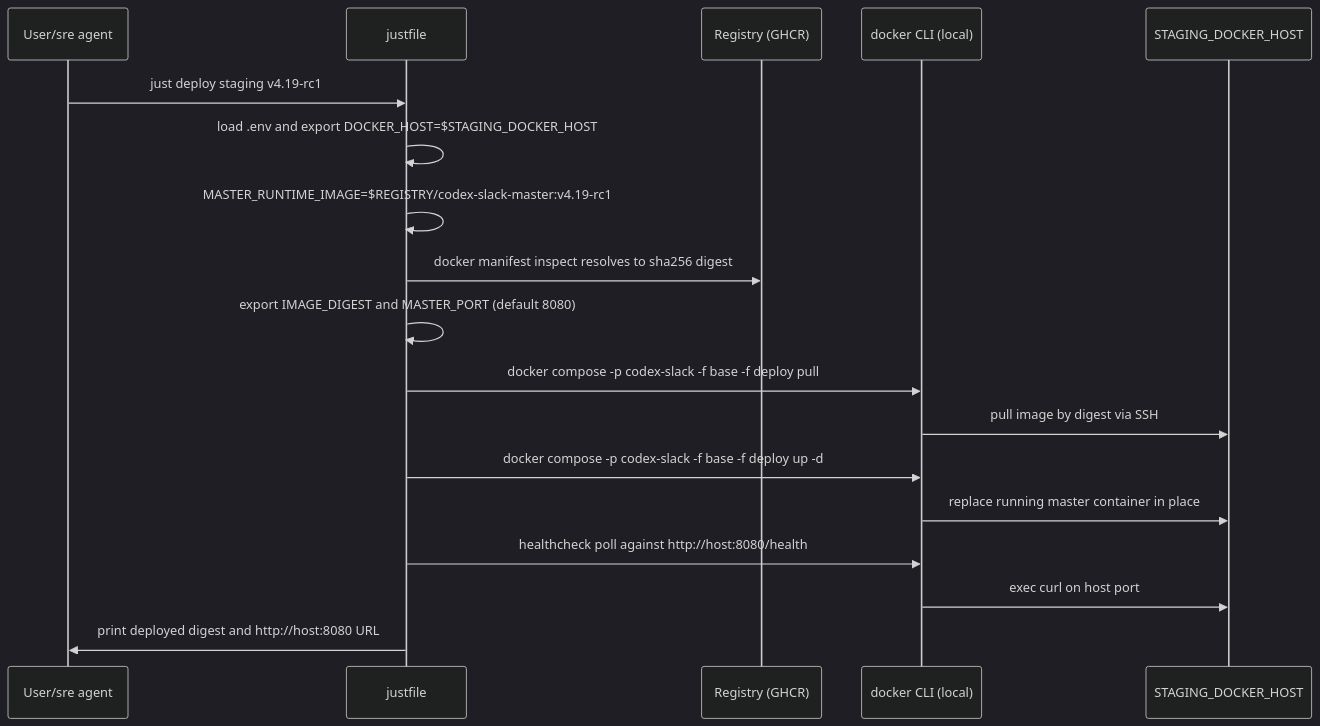
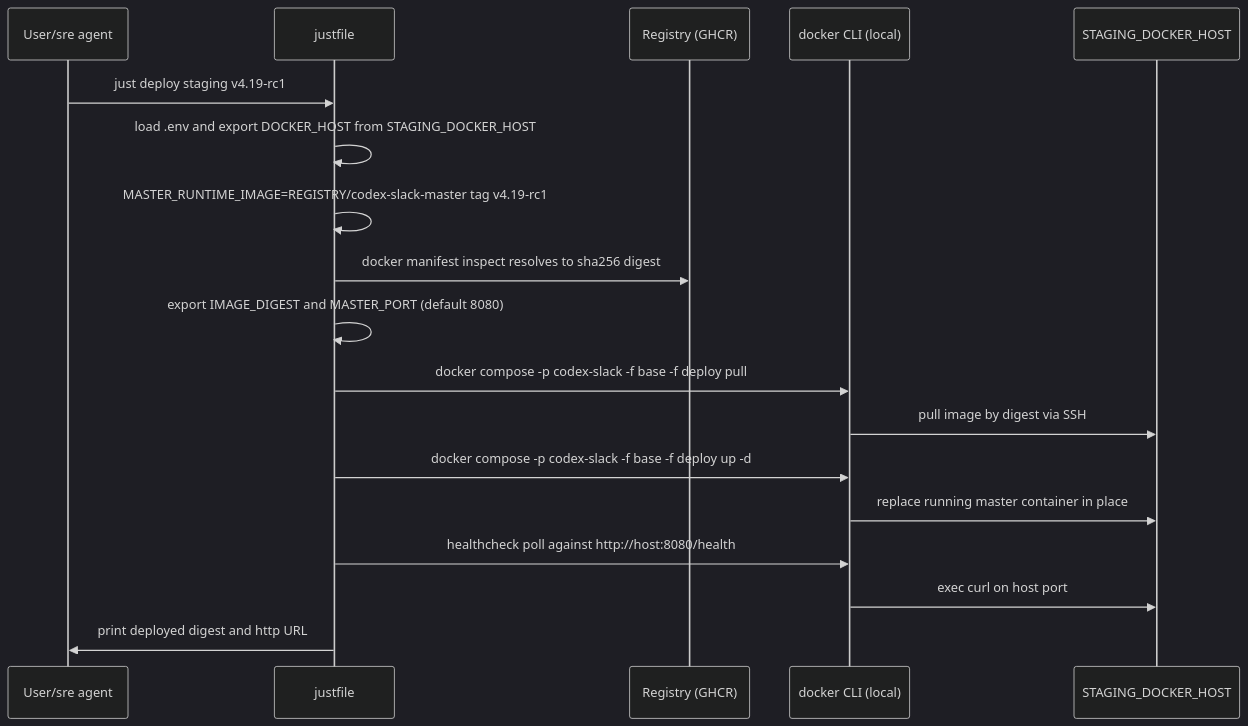
One commit to pandazxx/codex-slack changed the diagram in docs/design/justfile-dotenv-deploy.md. Above: the diagram before and after it, drawn with Mermaid (dark theme). The commit also changed other lines of this file and 2 other files, not shown here.

First line of the commit message:
docs(design): retire CD daemon and multi-version staging in favour of singleton just deploy

````diff
--- a/docs/design/justfile-dotenv-deploy.md
+++ b/docs/design/justfile-dotenv-deploy.md
@@ -381,21 +406,21 @@
 ```mermaid
 sequenceDiagram
     participant U as User/sre agent
     participant J as justfile
     participant R as Registry (GHCR)
     participant D as docker CLI (local)
     participant H as STAGING_DOCKER_HOST
 
     U->>J: just deploy staging v4.19-rc1
-    J->>J: load .env and export DOCKER_HOST=$STAGING_DOCKER_HOST
-    J->>J: MASTER_RUNTIME_IMAGE=$REGISTRY/codex-slack-master:v4.19-rc1
+    J->>J: load .env and export DOCKER_HOST from STAGING_DOCKER_HOST
+    J->>J: MASTER_RUNTIME_IMAGE=REGISTRY/codex-slack-master tag v4.19-rc1
     J->>R: docker manifest inspect resolves to sha256 digest
     J->>J: export IMAGE_DIGEST and MASTER_PORT (default 8080)
     J->>D: docker compose -p codex-slack -f base -f deploy pull
     D->>H: pull image by digest via SSH
     J->>D: docker compose -p codex-slack -f base -f deploy up -d
     D->>H: replace running master container in place
     J->>D: healthcheck poll against http://host:8080/health
     D->>H: exec curl on host port
-    J->>U: print deployed digest and http://host:8080 URL
+    J->>U: print deployed digest and http URL
 ```
````
